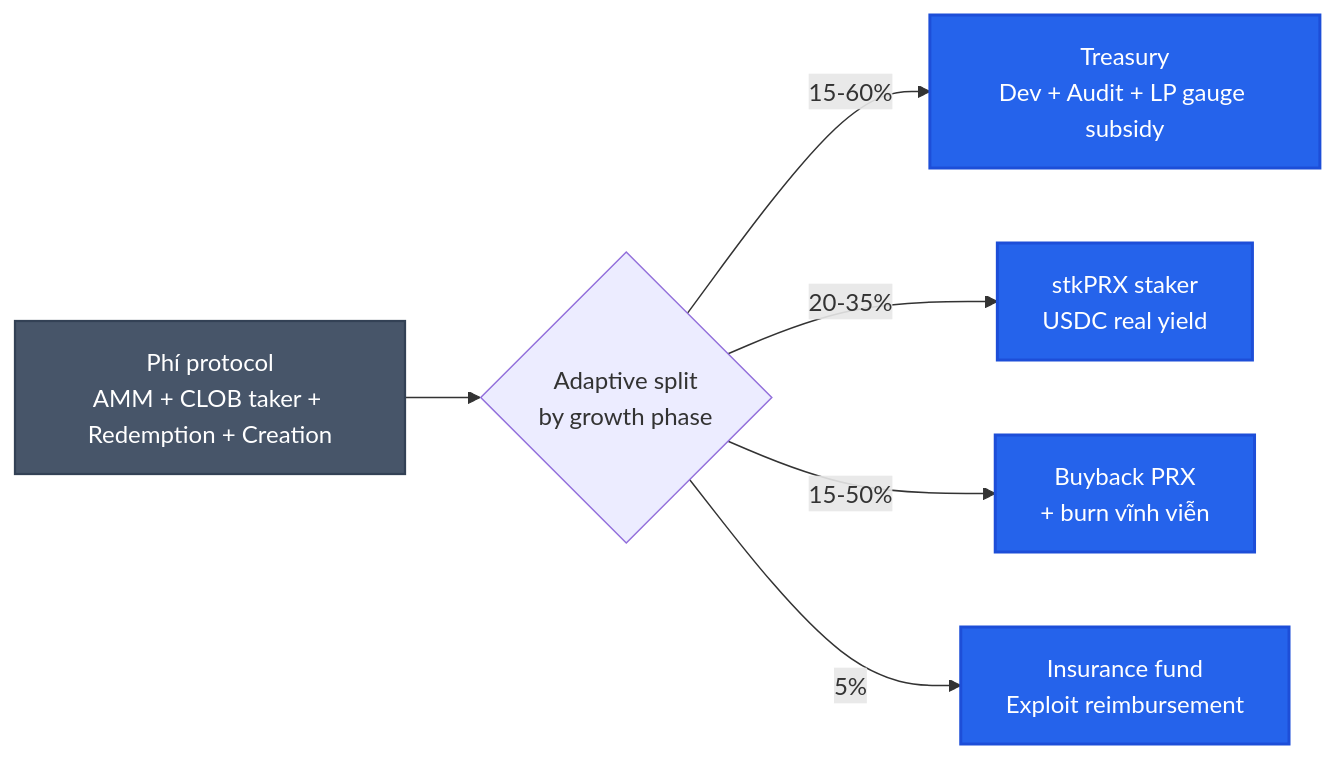
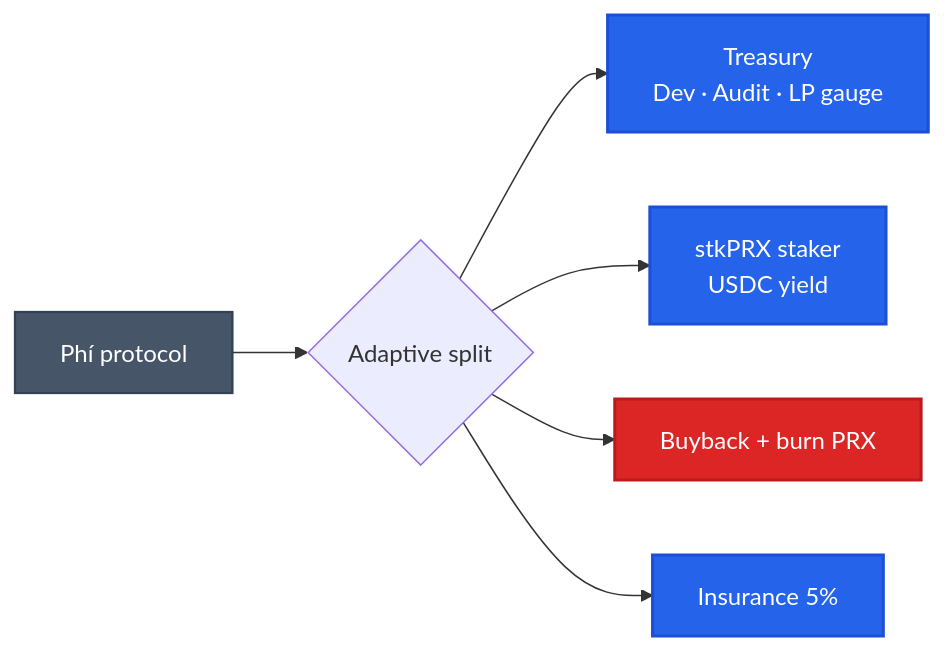
One commit to PrediX-Protocol/predix-docs changed the second of 2 diagrams in vi_v6/kinh-te/README.md. Above: the diagram before and after it, drawn with Mermaid. The commit also changed other lines of this file and 6 other files, not shown here.

````diff
--- a/vi_v6/kinh-te/README.md
+++ b/vi_v6/kinh-te/README.md
@@ -91,13 +27,15 @@
 ```mermaid
 flowchart LR
-    Source[Phí protocol<br/>AMM + CLOB taker + Redemption + Creation] --> Split{Adaptive split<br/>by growth phase}
-    Split -->|15-60%| Treasury[Treasury<br/>Dev + Audit + LP gauge subsidy]
-    Split -->|20-35%| Staker[stkPRX staker<br/>USDC real yield]
-    Split -->|15-50%| BB[Buyback PRX<br/>+ burn vĩnh viễn]
-    Split -->|5%| Insurance[Insurance fund<br/>Exploit reimbursement]
+    Fee[Phí protocol] --> Split{Adaptive split}
+    Split --> Treasury[Treasury<br/>Dev · Audit · LP gauge]
+    Split --> Staker[stkPRX staker<br/>USDC yield]
+    Split --> Buyback[Buyback + burn PRX]
+    Split --> Insurance[Insurance 5%]
 
     classDef src fill:#475569,stroke:#334155,color:#fff,stroke-width:1.5px
     classDef sink fill:#2563eb,stroke:#1d4ed8,color:#fff,stroke-width:2px
-    class Source src
-    class Treasury,Staker,BB,Insurance sink
+    classDef burn fill:#dc2626,stroke:#b91c1c,color:#fff,stroke-width:2px
+    class Fee src
+    class Treasury,Staker,Insurance sink
+    class Buyback burn
 ```
````
